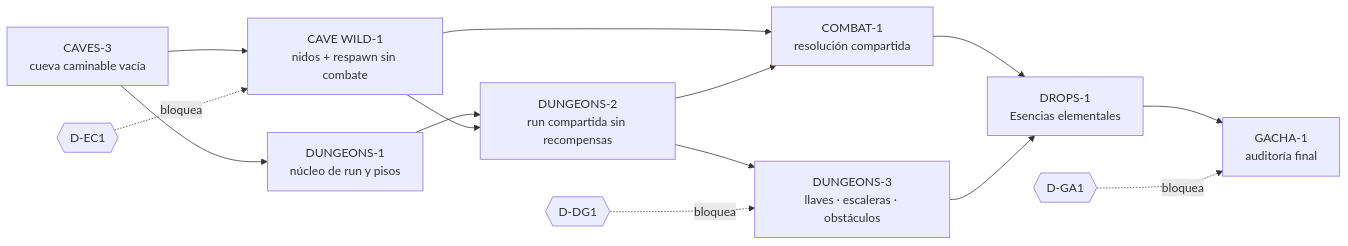
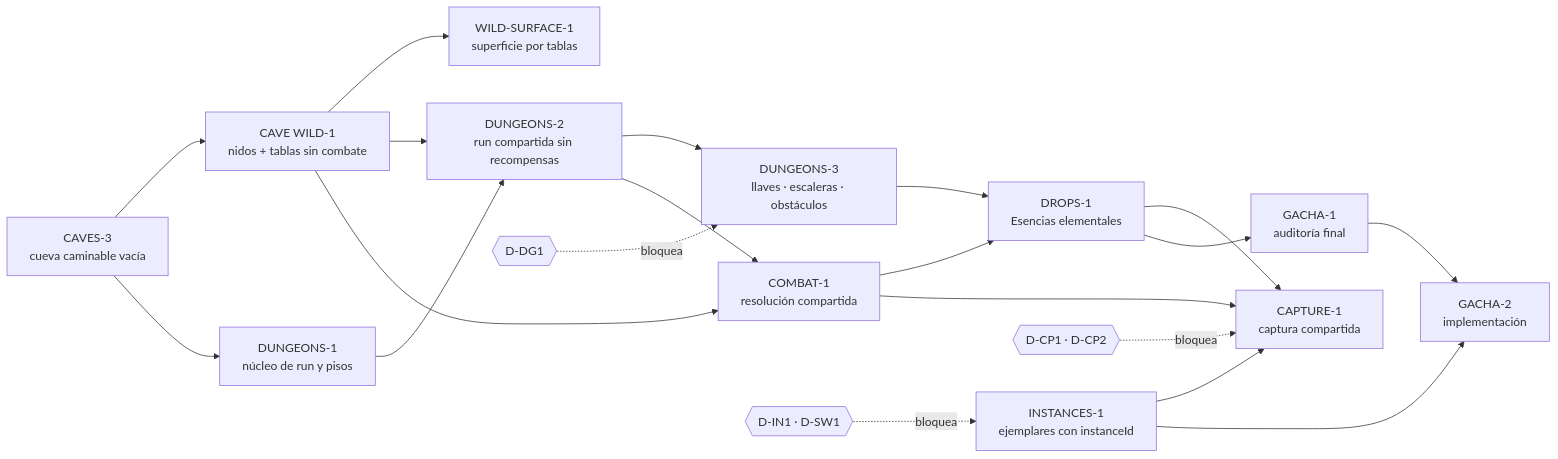
One commit to terremotoparatodos/pokeswap changed the diagram in docs/design/CAVE_ECOSYSTEM_ROADMAP.md. Above: the diagram before and after it, drawn with Mermaid. The commit also changed other lines of this file and 3 other files, not shown here.

Commit message:
docs(design): apply multiple-instances premise to caves, dungeons, tokens and roadmap docs

````diff
--- a/docs/design/CAVE_ECOSYSTEM_ROADMAP.md
+++ b/docs/design/CAVE_ECOSYSTEM_ROADMAP.md
@@ -28,16 +34,22 @@
 ```mermaid
 flowchart LR
-  C3[CAVES-3<br/>cueva caminable vacía] --> W1[CAVE WILD-1<br/>nidos + respawn sin combate]
+  C3[CAVES-3<br/>cueva caminable vacía] --> W1[CAVE WILD-1<br/>nidos + tablas sin combate]
+  W1 --> WS[WILD-SURFACE-1<br/>superficie por tablas]
   C3 --> D1[DUNGEONS-1<br/>núcleo de run y pisos]
   D1 --> D2[DUNGEONS-2<br/>run compartida sin recompensas]
   W1 --> D2
   D2 --> D3[DUNGEONS-3<br/>llaves · escaleras · obstáculos]
   W1 --> CB1[COMBAT-1<br/>resolución compartida]
   D2 --> CB1
   CB1 --> DR1[DROPS-1<br/>Esencias elementales]
   D3 --> DR1
+  INS[INSTANCES-1<br/>ejemplares con instanceId] --> CAP[CAPTURE-1<br/>captura compartida]
+  CB1 --> CAP
+  DR1 --> CAP
   DR1 --> G1[GACHA-1<br/>auditoría final]
-  EC1{{D-EC1}} -. bloquea .-> W1
+  G1 --> G2[GACHA-2<br/>implementación]
+  INS --> G2
   DG1{{D-DG1}} -. bloquea .-> D3
-  GA1{{D-GA1}} -. bloquea .-> G1
+  IN1{{D-IN1 · D-SW1}} -. bloquea .-> INS
+  CP1{{D-CP1 · D-CP2}} -. bloquea .-> CAP
 ```
````
